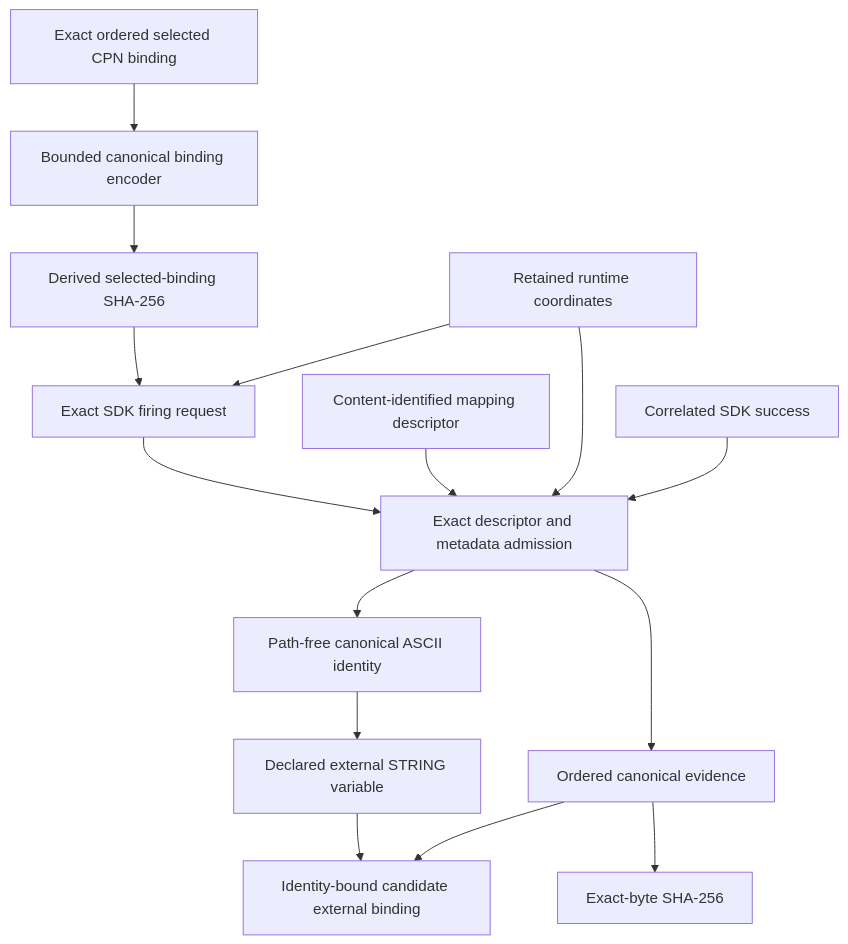
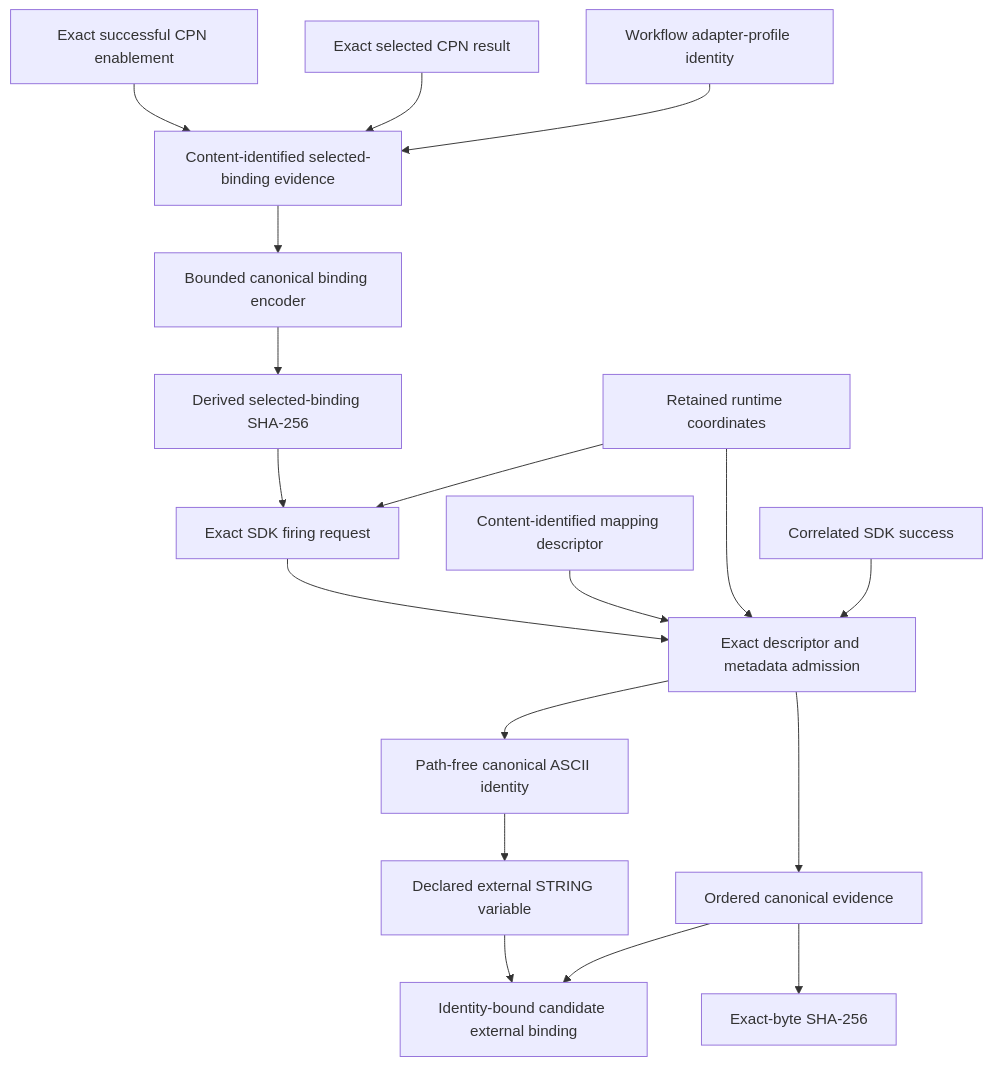
The diagram in docs/architecture/projectkoios/workflow/sdk/actions/TransitionActionBinding/schematic.md (eragasa/projectkoios-workflow), drawn with Mermaid before and after one commit. The commit also changed other lines of this file and 12 other files, not shown here.

Commit message:
feat: correlate SDK requests with selected-binding evidence

````diff
--- a/docs/architecture/projectkoios/workflow/sdk/actions/TransitionActionBinding/schematic.md
+++ b/docs/architecture/projectkoios/workflow/sdk/actions/TransitionActionBinding/schematic.md
@@ -5,31 +5,37 @@
 ```mermaid
 flowchart TD
-    B[Exact ordered selected CPN binding]
+    EN[Exact successful CPN enablement]
+    SR[Exact selected CPN result]
+    SE[Content-identified selected-binding evidence]
+    P[Workflow adapter-profile identity]
     K[Bounded canonical binding encoder]
     D[Derived selected-binding SHA-256]
     C[Retained runtime coordinates]
     Q[Exact SDK firing request]
     M[Content-identified mapping descriptor]
     R[Correlated SDK success]
     A[Exact descriptor and metadata admission]
     I[Path-free canonical ASCII identity]
     V[Declared external STRING variable]
     E[Ordered canonical evidence]
     H[Exact-byte SHA-256]
     X[Identity-bound candidate external binding]
 
-    B --> K
+    EN --> SE
+    SR --> SE
+    P --> SE
+    SE --> K
     K --> D
     D --> Q
     C --> Q
     Q --> A
     M --> A
     C --> A
     R --> A
     A --> I
     I --> V
     V --> X
     A --> E
     E --> H
     E --> X
 ```
````
